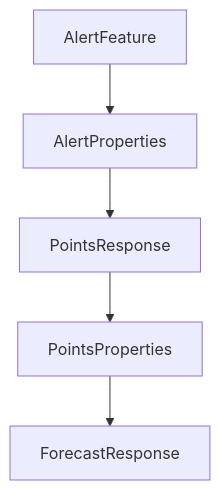
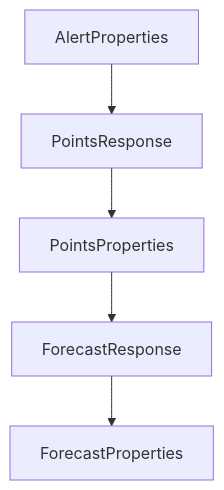
One commit to johnxie/awesome-code-docs changed the diagram in tutorials/mcp-quickstart-resources-tutorial/07-ci-toolchain-setup-and-troubleshooting.md. Above: the diagram before and after it, drawn with Mermaid. The commit also changed other lines of this file and 1232 other files, not shown here.

````diff
--- a/tutorials/mcp-quickstart-resources-tutorial/07-ci-toolchain-setup-and-troubleshooting.md
+++ b/tutorials/mcp-quickstart-resources-tutorial/07-ci-toolchain-setup-and-troubleshooting.md
@@ -205,12 +203,12 @@
 ```mermaid
 flowchart TD
-    A[AlertFeature]
-    B[AlertProperties]
-    C[PointsResponse]
-    D[PointsProperties]
-    E[ForecastResponse]
+    A[AlertProperties]
+    B[PointsResponse]
+    C[PointsProperties]
+    D[ForecastResponse]
+    E[ForecastProperties]
     A --> B
     B --> C
     C --> D
     D --> E
 ```
````
